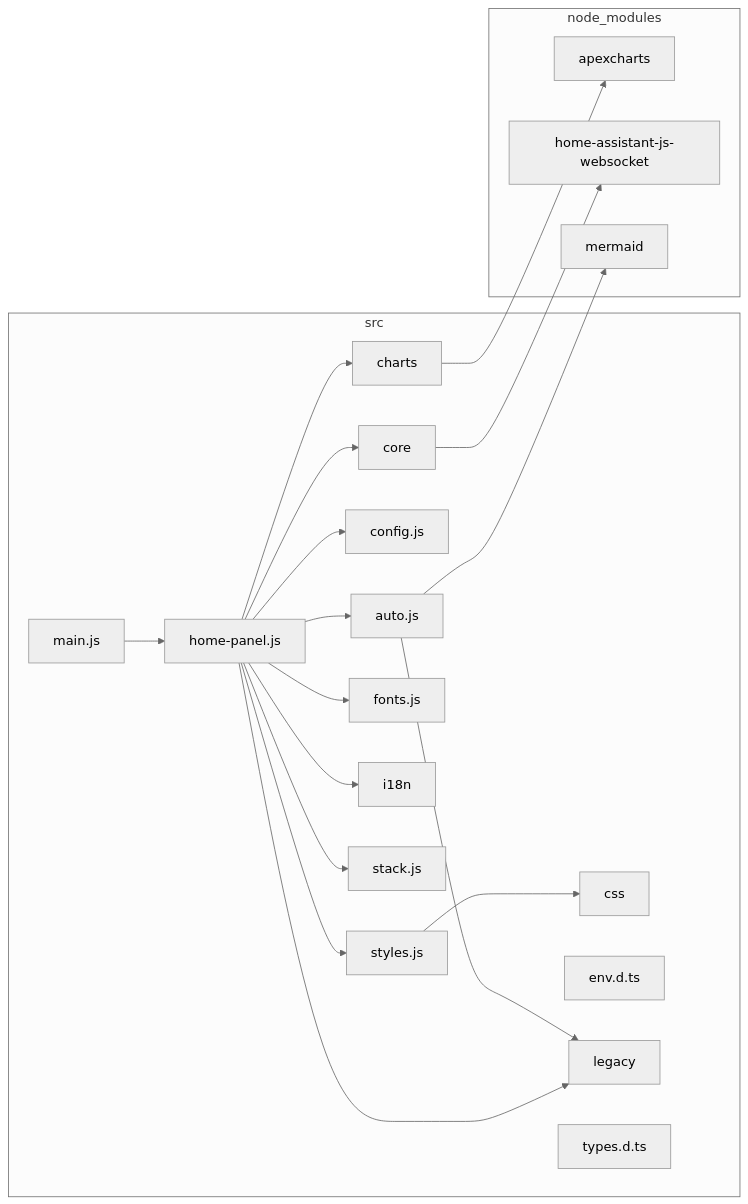
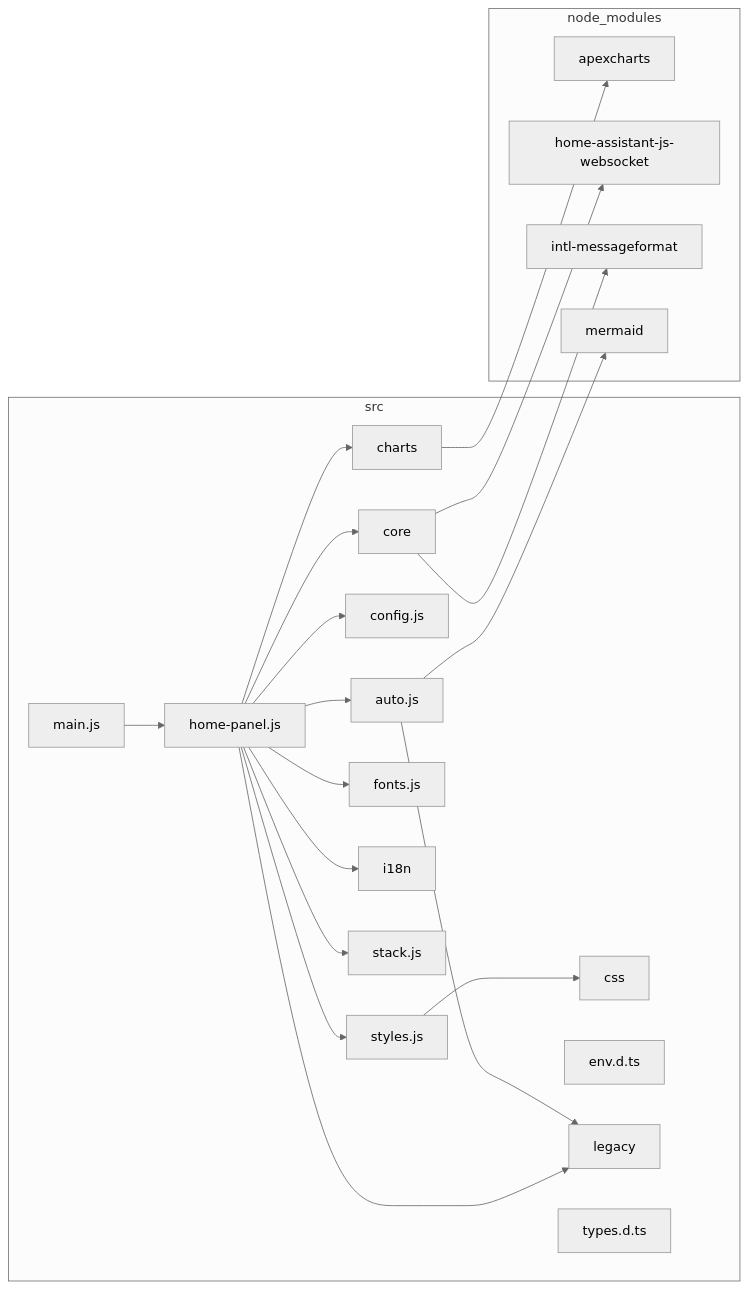
Before and after one commit to pldelisle/ha-home-panel: the diagram in docs/architecture/dependency-graph.md, drawn with Mermaid (neutral theme). The commit also changed 15 other files, not shown here.

First line of the commit message:
Message catalogs with typed keys, t() on the store, the charts-failed toast through them (#133)

````diff
--- a/docs/architecture/dependency-graph.md
+++ b/docs/architecture/dependency-graph.md
@@ -5,40 +5,42 @@
 ```mermaid
 flowchart LR
 
 subgraph 0["node_modules"]
 1["apexcharts"]
 2["home-assistant-js-websocket"]
-3["mermaid"]
+3["intl-messageformat"]
+4["mermaid"]
 end
-subgraph 4["src"]
-5["auto.js"]
-6["charts"]
-7["config.js"]
-8["core"]
-9["css"]
-A["env.d.ts"]
-B["fonts.js"]
-C["home-panel.js"]
-D["i18n"]
-E["legacy"]
-F["main.js"]
-G["stack.js"]
-H["styles.js"]
-I["types.d.ts"]
+subgraph 5["src"]
+6["auto.js"]
+7["charts"]
+8["config.js"]
+9["core"]
+A["css"]
+B["env.d.ts"]
+C["fonts.js"]
+D["home-panel.js"]
+E["i18n"]
+F["legacy"]
+G["main.js"]
+H["stack.js"]
+I["styles.js"]
+J["types.d.ts"]
 end
-5-->E
-5-->3
-6-->1
-8-->2
-C-->5
-C-->6
-C-->7
-C-->8
-C-->B
-C-->D
-C-->E
-C-->G
-C-->H
-F-->C
-H-->9
+6-->F
+6-->4
+7-->1
+9-->2
+9-->3
+D-->6
+D-->7
+D-->8
+D-->9
+D-->C
+D-->E
+D-->F
+D-->H
+D-->I
+G-->D
+I-->A
 ```
````
